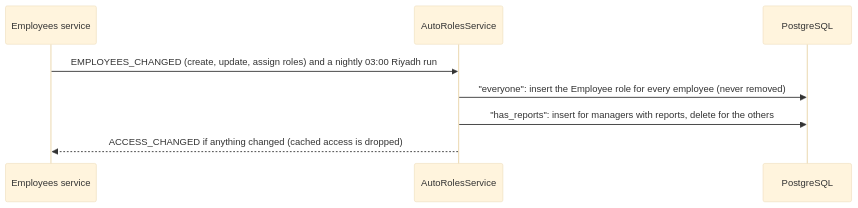
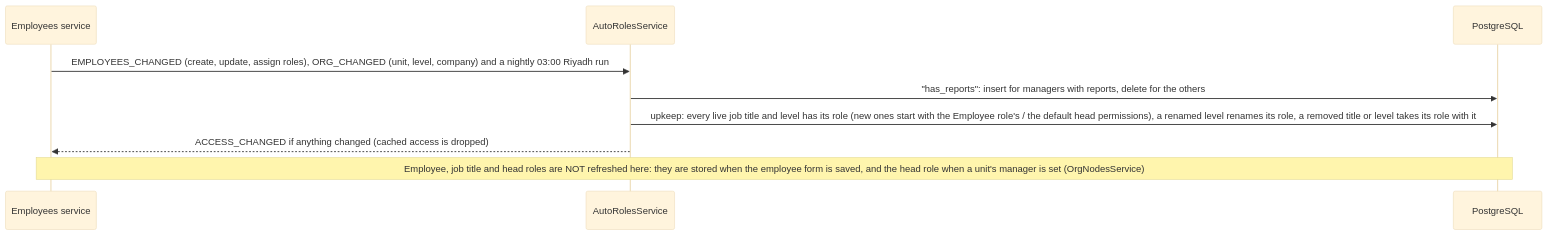
One commit to Arweqah-Company/arweqah_platform changed diagram 19 of 21 in README.md. Above: the diagram before and after it, drawn with Mermaid (base theme). The commit also changed other lines of this file and 69 other files, not shown here.

First line of the commit message:
feat(access): roles per job title and per level, stored roles, two-step employee form (FR-68, FR-69)

````diff
--- a/README.md
+++ b/README.md
@@ -825,10 +831,11 @@
 ```mermaid
 sequenceDiagram
   participant S as Employees service
   participant R as AutoRolesService
   participant DB as PostgreSQL
-  S->>R: EMPLOYEES_CHANGED (create, update, assign roles) and a nightly 03:00 Riyadh run
-  R->>DB: "everyone": insert the Employee role for every employee (never removed)
+  S->>R: EMPLOYEES_CHANGED (create, update, assign roles), ORG_CHANGED (unit, level, company) and a nightly 03:00 Riyadh run
   R->>DB: "has_reports": insert for managers with reports, delete for the others
+  R->>DB: upkeep: every live job title and level has its role (new ones start with the Employee role's / the default head permissions), a renamed level renames its role, a removed title or level takes its role with it
   R-->>S: ACCESS_CHANGED if anything changed (cached access is dropped)
+  Note over S,DB: Employee, job title and head roles are NOT refreshed here: they are stored when the employee form is saved, and the head role when a unit's manager is set (OrgNodesService)
 ```
````
